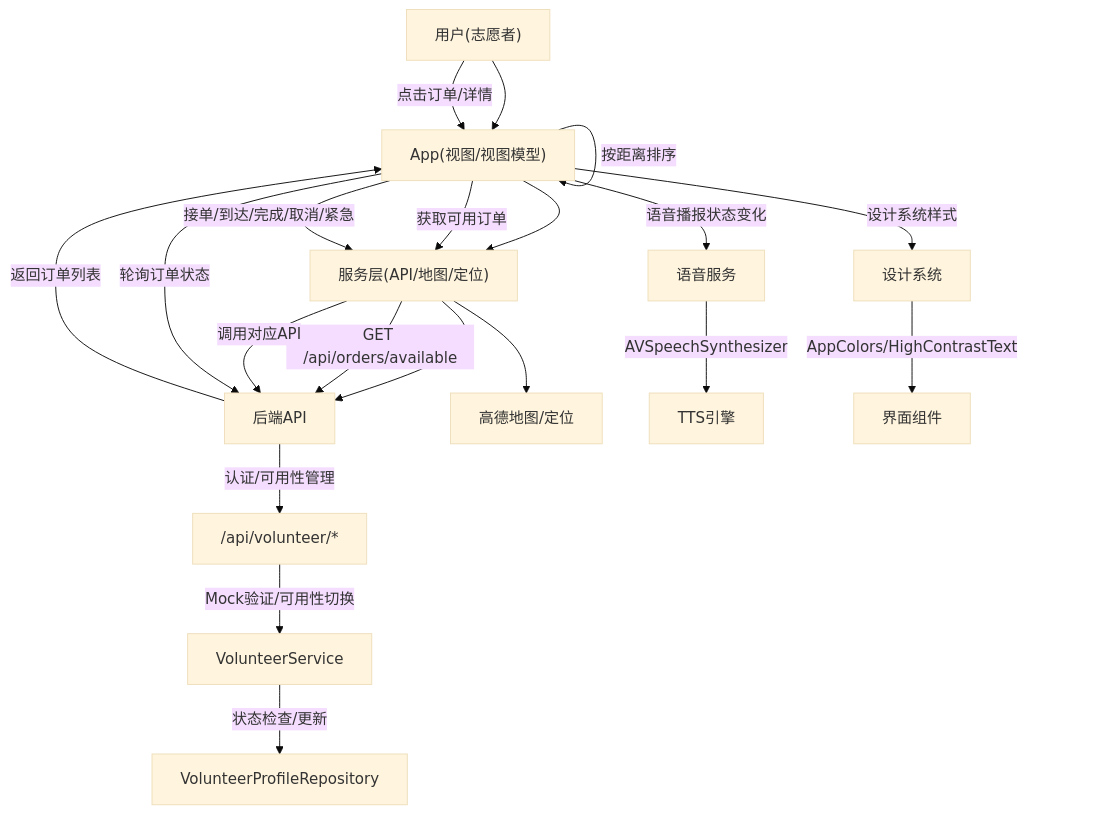
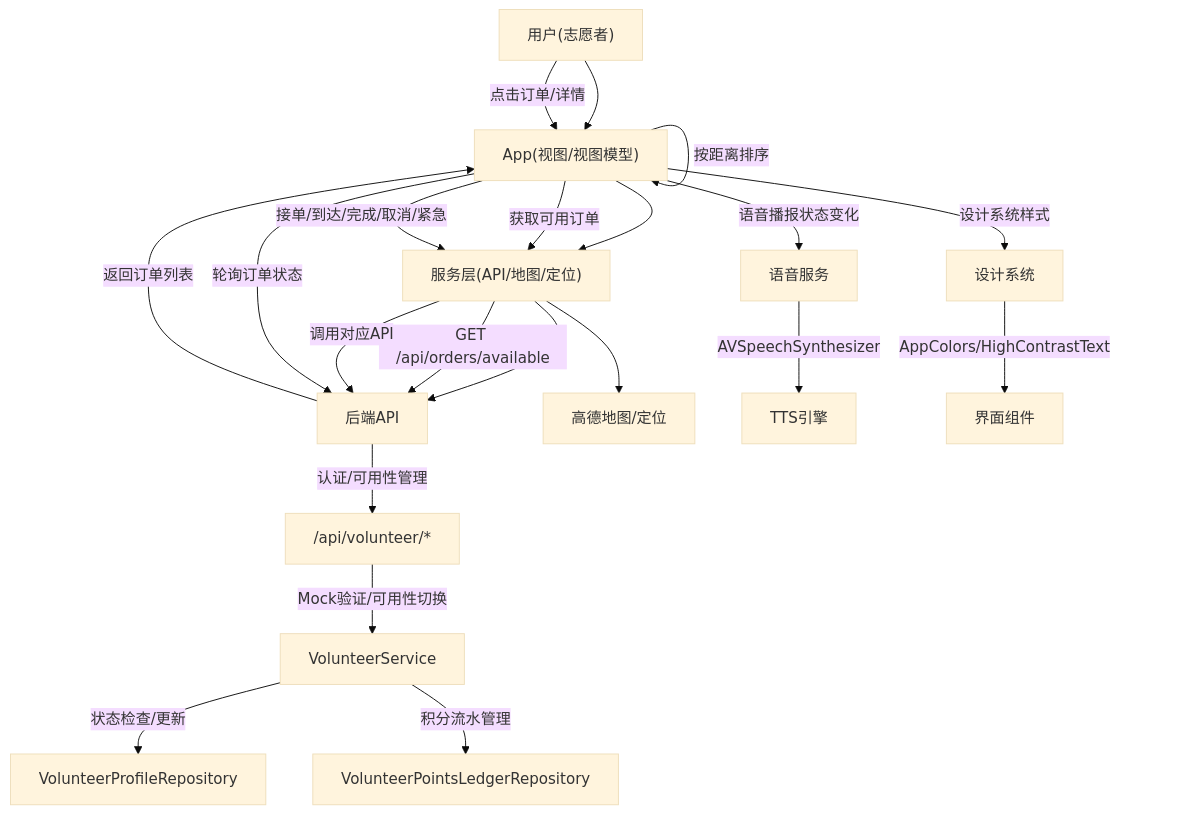
One commit to Jayden23018/blind-run-ios changed the second of 13 diagrams in .qoder/repowiki/zh/content/架构设计/模块化架构设计/Volunteer 志愿者模块.md. Above: the diagram before and after it, drawn with Mermaid (base theme). The commit also changed other lines of this file and 11 other files, not shown here.

Commit message:
Unify emergency safety flow and status handling

````diff
--- a/.qoder/repowiki/zh/content/架构设计/模块化架构设计/Volunteer 志愿者模块.md
+++ b/.qoder/repowiki/zh/content/架构设计/模块化架构设计/Volunteer 志愿者模块.md
@@ -146,22 +151,23 @@
 ```mermaid
 graph TB
 U["用户(志愿者)"] --> A["App(视图/视图模型)"]
 A --> S["服务层(API/地图/定位)"]
 S --> B["后端API"]
 S --> M["高德地图/定位"]
 A --> |"获取可用订单"| S
 S --> |"GET /api/orders/available"| B
 B --> |"返回订单列表"| A
 A --> |"按距离排序"| A
 U --> |"点击订单/详情"| A
 A --> |"接单/到达/完成/取消/紧急"| S
 S --> |"调用对应API"| B
 A --> |"轮询订单状态"| B
 A --> |"语音播报状态变化"| VS["语音服务"]
 VS --> |"AVSpeechSynthesizer"| TTS["TTS引擎"]
 A --> |"设计系统样式"| DS["设计系统"]
 DS --> |"AppColors/HighContrastText"| UI["界面组件"]
 B --> |"认证/可用性管理"| API["/api/volunteer/*"]
 API --> |"Mock验证/可用性切换"| Service["VolunteerService"]
 Service --> |"状态检查/更新"| Repo["VolunteerProfileRepository"]
+Service --> |"积分流水管理"| PointsRepo["VolunteerPointsLedgerRepository"]
 ```
````
